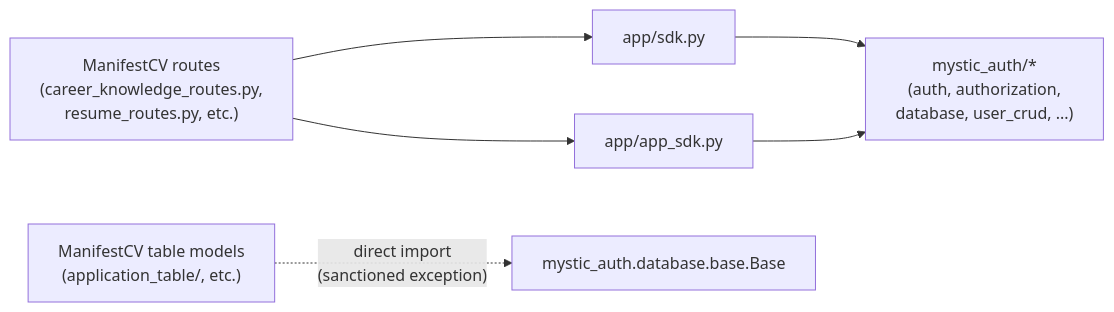
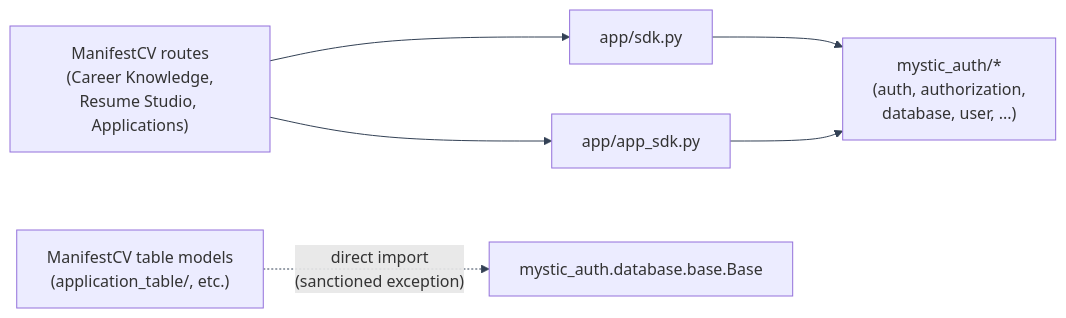
The diagram in docs/app/auth/overview.md (Nachiket-2024/manifest-cv), drawn with Mermaid before and after one commit. The commit also changed other lines of this file and 1756 other files, not shown here.

Commit message:
Rebuilt ManifestCV Resume Studio flow and synced to mystic-auth (9bcbffc)

````diff
--- a/docs/app/auth/overview.md
+++ b/docs/app/auth/overview.md
@@ -17,15 +18,16 @@
 ```mermaid
+%%{init: {"themeVariables": {"lineColor": "#334155"}} }%%
 flowchart LR
-    Routes["ManifestCV routes<br/>(career_knowledge_routes.py,<br/>resume_routes.py, etc.)"]
+    Routes["ManifestCV routes<br/>(Career Knowledge,<br/>Resume Studio, Applications)"]
     Models["ManifestCV table models<br/>(application_table/, etc.)"]
     Sdk["app/sdk.py"]
     AppSdk["app/app_sdk.py"]
-    Mystic["mystic_auth/*<br/>(auth, authorization,<br/>database, user_crud, ...)"]
+    Mystic["mystic_auth/*<br/>(auth, authorization,<br/>database, user, ...)"]
     Base["mystic_auth.database.base.Base"]
 
     Routes --> Sdk
     Routes --> AppSdk
     Sdk --> Mystic
     AppSdk --> Mystic
     Models -. "direct import<br/>(sanctioned exception)" .-> Base
 ```
````
